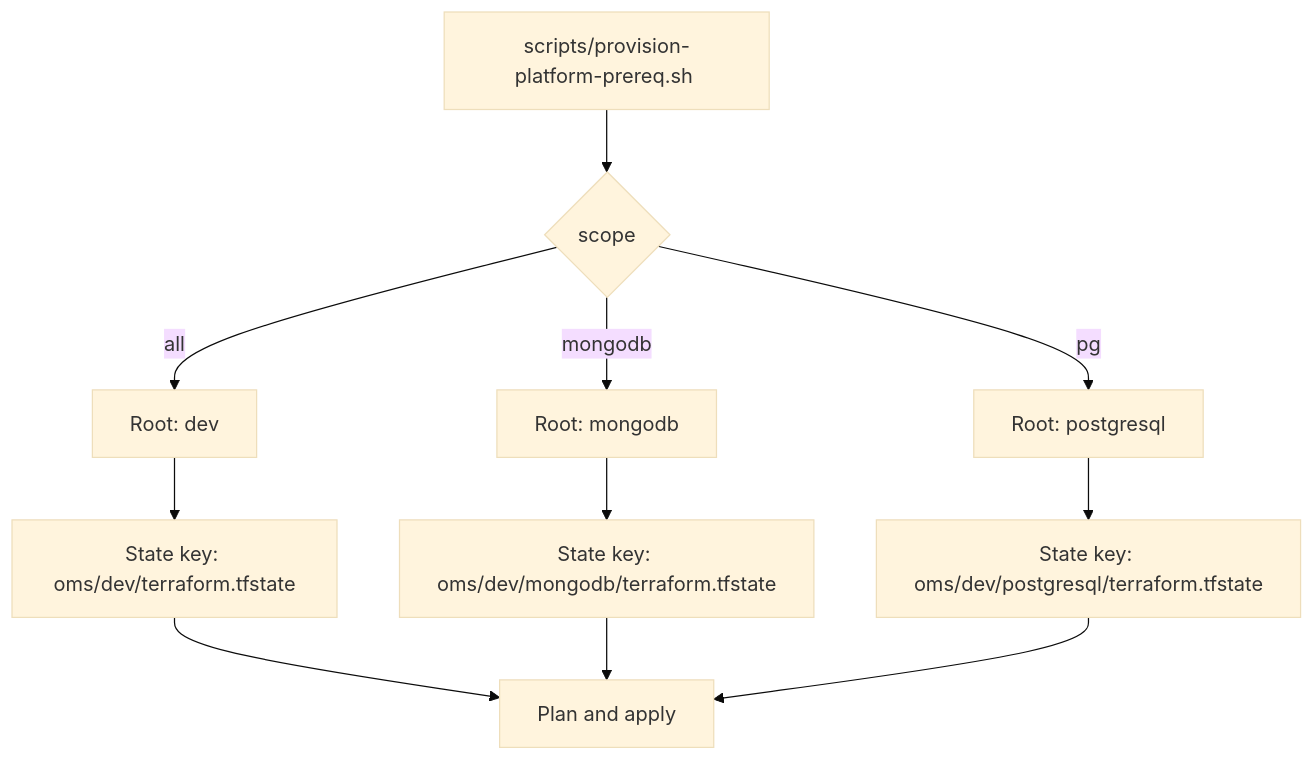
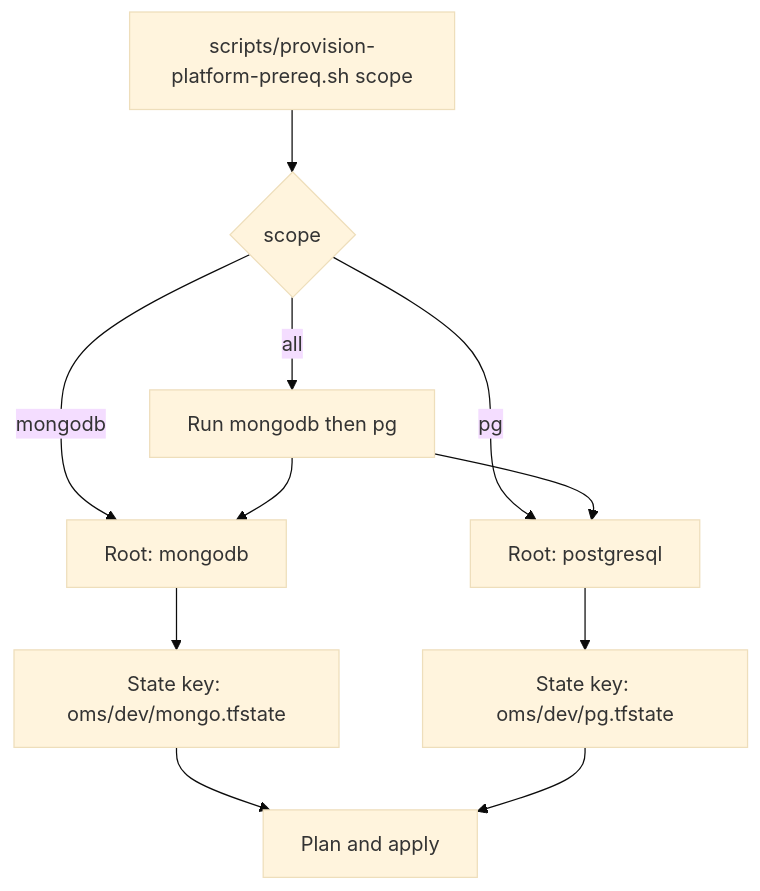
One commit to sml-global/mongodb changed the third of 8 diagrams in platform-prerequisites/terraform/README.md. Above: the diagram before and after it, drawn with Mermaid (base theme). The commit also changed other lines of this file and 21 other files, not shown here.

First line of the commit message:
feat: full percona secrets, remove dev root and dead code, state key cleanup

````diff
--- a/platform-prerequisites/terraform/README.md
+++ b/platform-prerequisites/terraform/README.md
@@ -821,13 +852,13 @@
 ```mermaid
 flowchart TD
-  A[scripts/provision-platform-prereq.sh <scope>] --> B{scope}
-  B -->|all| C[Root: dev]
+  A[scripts/provision-platform-prereq.sh scope] --> B{scope}
+  B -->|all| C[Run mongodb then pg]
   B -->|mongodb| D[Root: mongodb]
   B -->|pg| E[Root: postgresql]
-  C --> F[State key: oms/dev/terraform.tfstate]
-  D --> G[State key: oms/dev/mongodb/terraform.tfstate]
-  E --> H[State key: oms/dev/postgresql/terraform.tfstate]
-  F --> I[Plan and apply]
-  G --> I
+  C --> D
+  C --> E
+  D --> G[State key: oms/dev/mongo.tfstate]
+  E --> H[State key: oms/dev/pg.tfstate]
+  G --> I[Plan and apply]
   H --> I
 ```
````
